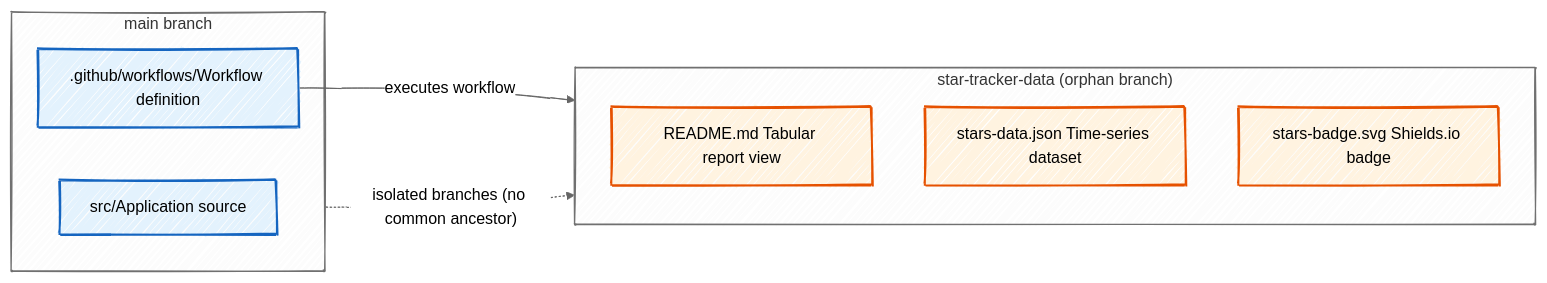
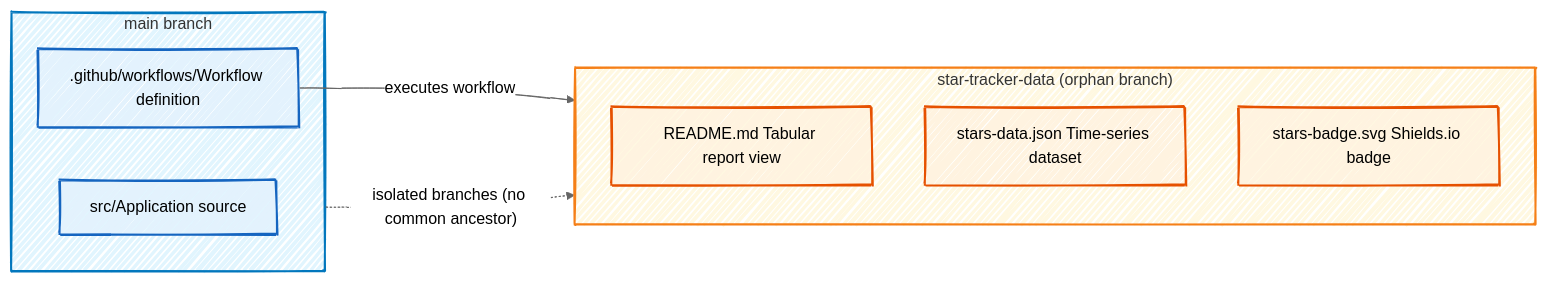
The second of 2 diagrams in README.md (fbuireu/github-star-tracker), drawn with Mermaid before and after one commit. The commit also changed other lines of this file, not shown here.

````diff
--- a/README.md
+++ b/README.md
@@ -136,27 +140,29 @@
 ```mermaid
 ---
 config:
   look: handDrawn
   theme: neutral
 ---
 graph LR
     subgraph main ["main branch"]
         src["src/Application source"]
         wf[".github/workflows/Workflow definition"]
     end
 
     subgraph data ["star-tracker-data (orphan branch)"]
         readme["README.md Tabular report view"]
         json["stars-data.json Time-series dataset"]
         badge["stars-badge.svg Shields.io badge"]
     end
 
     wf -- "executes workflow" --> data
     main -.->|"isolated branches (no common ancestor)"| data
 
     style src fill:#e3f2fd,stroke:#1565c0,stroke-width:2px
     style wf fill:#e3f2fd,stroke:#1565c0,stroke-width:2px
     style readme fill:#fff3e0,stroke:#e65100,stroke-width:2px
     style json fill:#fff3e0,stroke:#e65100,stroke-width:2px
     style badge fill:#fff3e0,stroke:#e65100,stroke-width:2px
+    style main fill:#e1f5fe,stroke:#0277bd,stroke-width:2px
+    style data fill:#fff8e1,stroke:#f57f17,stroke-width:2px
 ```
````
